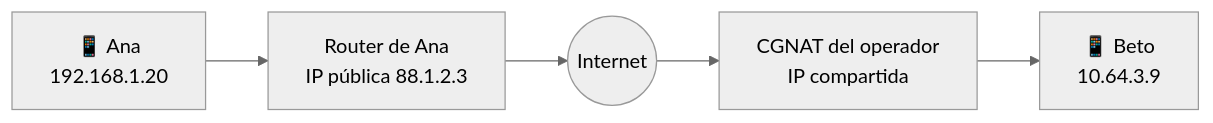
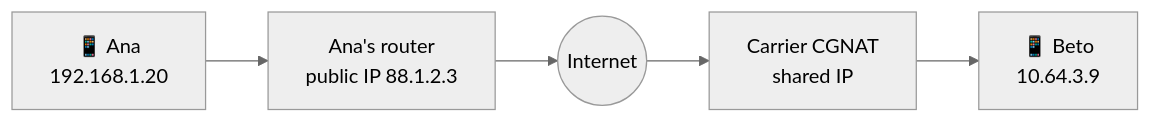
One commit to fsoftt/Murmur changed the first of 2 diagrams in website/concepts/nat-and-p2p.md. Above: the diagram before and after it, drawn with Mermaid (neutral theme). The commit also changed other lines of this file and 51 other files, not shown here.

````diff
--- a/website/concepts/nat-and-p2p.md
+++ b/website/concepts/nat-and-p2p.md
@@ -9,7 +9,7 @@
 ```mermaid
 flowchart LR
-    T1[📱 Ana<br/>192.168.1.20] --> R1[Router de Ana<br/>IP pública 88.1.2.3]
+    T1[📱 Ana<br/>192.168.1.20] --> R1[Ana's router<br/>public IP 88.1.2.3]
     R1 --> I((Internet))
-    I --> R2[CGNAT del operador<br/>IP compartida]
+    I --> R2[Carrier CGNAT<br/>shared IP]
     R2 --> T2[📱 Beto<br/>10.64.3.9]
 ```
````
